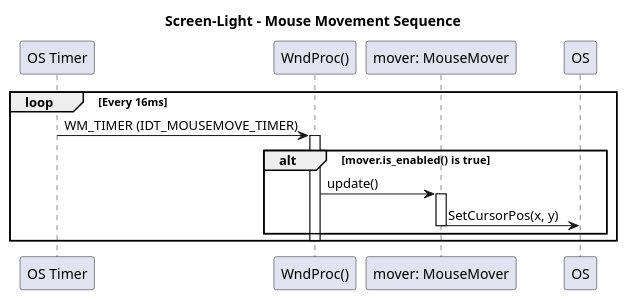
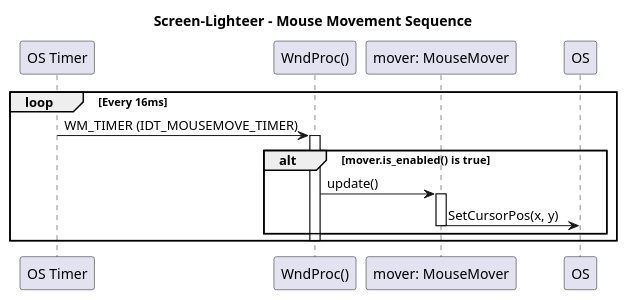
One commit to CosmicDNA/screen-light changed the diagram in diagrams/sequence_mouse_movement.plantuml. Above: the diagram before and after it, drawn with PlantUML. The commit also changed 21 other files, not shown here.

Commit message:
:art: rebrand to Screen Lighteer.

```diff
--- a/diagrams/sequence_mouse_movement.plantuml
+++ b/diagrams/sequence_mouse_movement.plantuml
@@ -1,22 +1,22 @@
 @startuml
-title Screen-Light - Mouse Movement Sequence
+title Screen-Lighteer - Mouse Movement Sequence
 
 participant "OS Timer" as Timer
 participant "WndProc()" as WndProc
 participant "mover: MouseMover" as Mover
 
 loop Every 16ms
     Timer -> WndProc: WM_TIMER (IDT_MOUSEMOVE_TIMER)
     activate WndProc
 
     alt mover.is_enabled() is true
         WndProc -> Mover: update()
         activate Mover
         Mover -> OS: SetCursorPos(x, y)
         deactivate Mover
     end
 
     deactivate WndProc
 end
 
 @enduml
```
